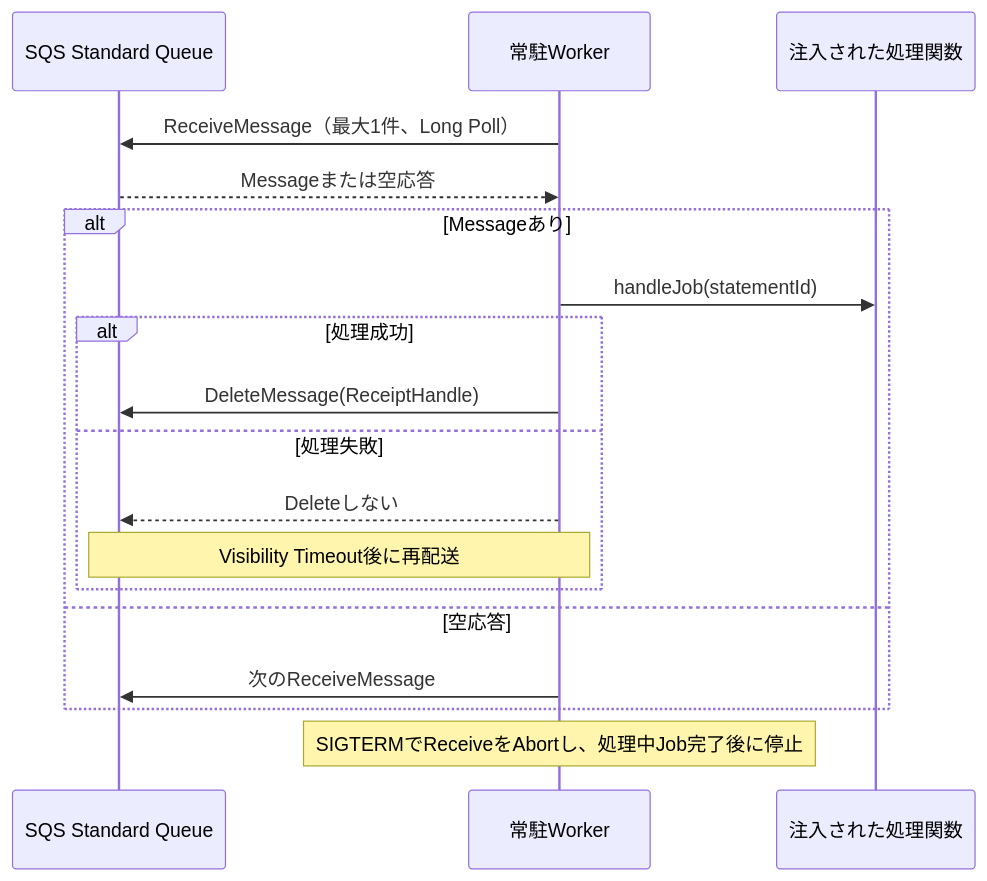
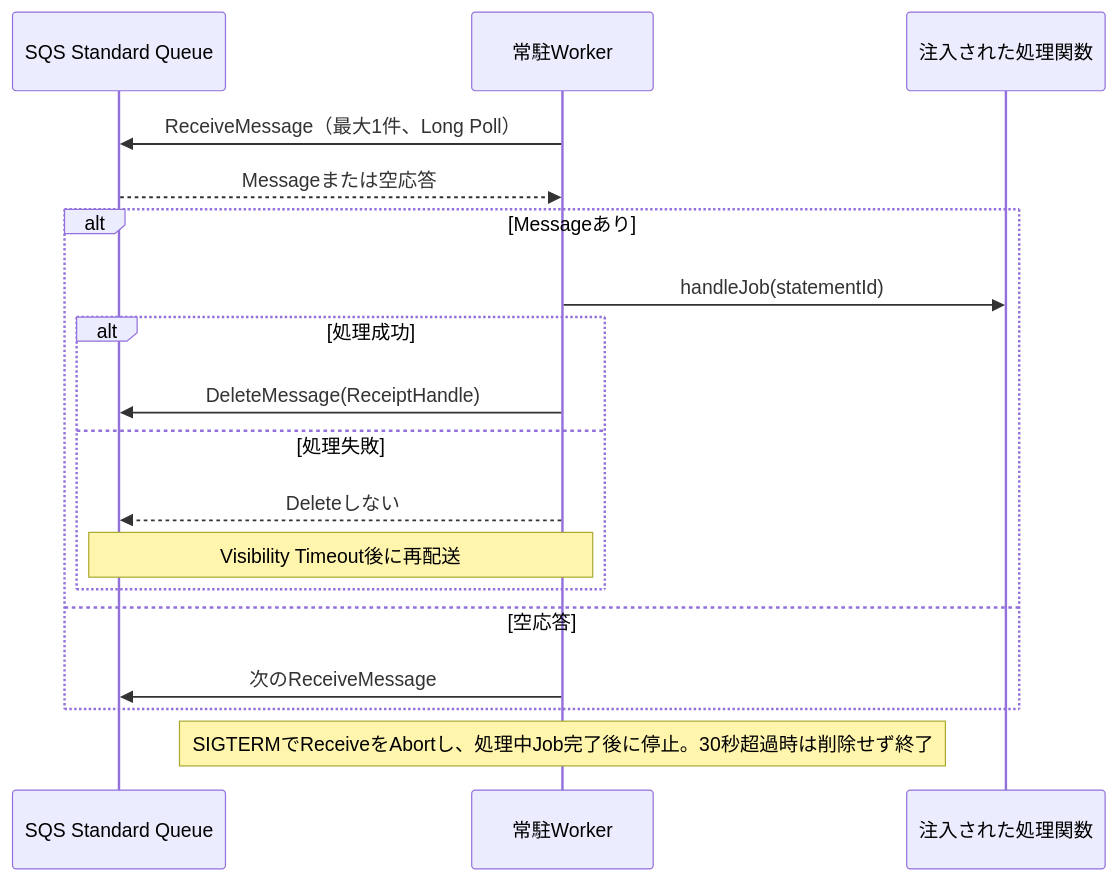
One commit to tiri641/ai-statement-analyzer changed the third of 7 diagrams in docs/architecture.md. Above: the diagram before and after it, drawn with Mermaid. The commit also changed 7 other files, not shown here.

````diff
--- a/docs/architecture.md
+++ b/docs/architecture.md
@@ -45,21 +45,21 @@
 ```mermaid
 sequenceDiagram
   participant Q as SQS Standard Queue
   participant W as 常駐Worker
   participant H as 注入された処理関数
 
   W->>Q: ReceiveMessage（最大1件、Long Poll）
   Q-->>W: Messageまたは空応答
   alt Messageあり
     W->>H: handleJob(statementId)
     alt 処理成功
       W->>Q: DeleteMessage(ReceiptHandle)
     else 処理失敗
       W-->>Q: Deleteしない
       Note over Q,W: Visibility Timeout後に再配送
     end
   else 空応答
     W->>Q: 次のReceiveMessage
   end
-  Note over W: SIGTERMでReceiveをAbortし、処理中Job完了後に停止
+  Note over W: SIGTERMでReceiveをAbortし、処理中Job完了後に停止。30秒超過時は削除せず終了
 ```
````
